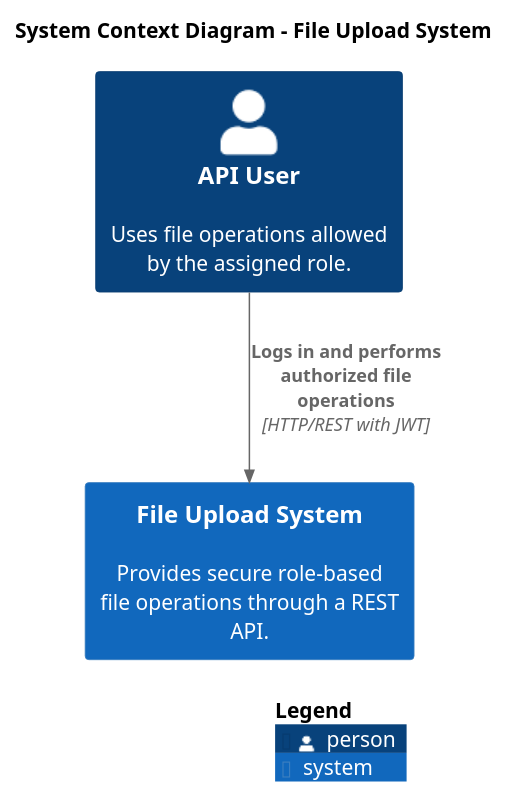
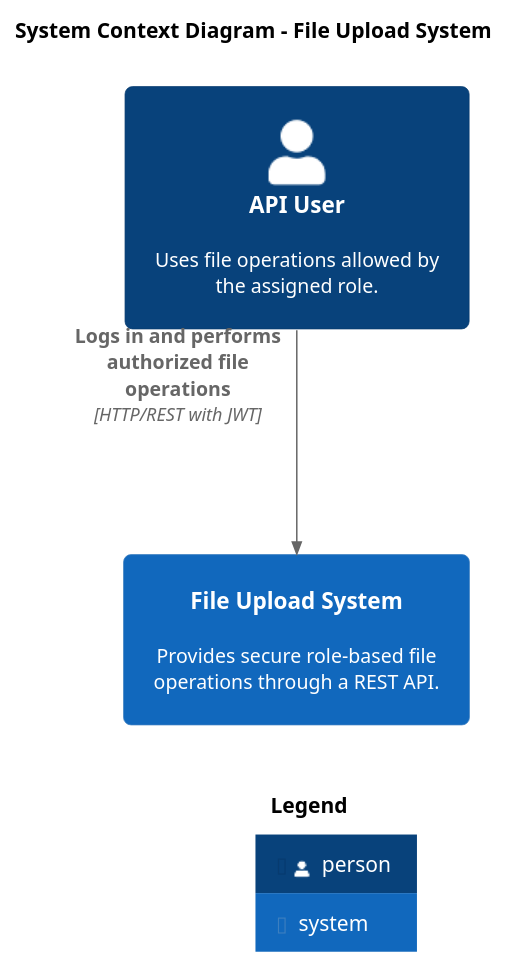
The diagram in docs/c4/01-system-context.puml (a-mart468/FileUpload), drawn with PlantUML before and after one commit. The commit also changed 3 other files, not shown here.

Commit message:
Improve C4 diagrams and update code view

```diff
--- a/docs/c4/01-system-context.puml
+++ b/docs/c4/01-system-context.puml
@@ -1,15 +1,30 @@
 @startuml
 
 !include <C4/C4_Context>
 
 title System Context Diagram - File Upload System
+
+skinparam linetype ortho
+skinparam shadowing false
+skinparam roundcorner 10
+
+skinparam nodesep 150
+skinparam ranksep 150
+skinparam padding 10
+
+skinparam DefaultFontSize 13
+skinparam DefaultTextAlignmentCenter center
+
+skinparam Arrow{
+  Thickness 1
+}
 
 Person(user, "API User", "Uses file operations allowed by the assigned role.")
 
 System(fileUploadSystem, "File Upload System", "Provides secure role-based file operations through a REST API.",$link="02-container.puml")
 
 Rel(user, fileUploadSystem, "Logs in and performs authorized file operations", "HTTP/REST with JWT")
 
 SHOW_LEGEND()
 
 @enduml
```
